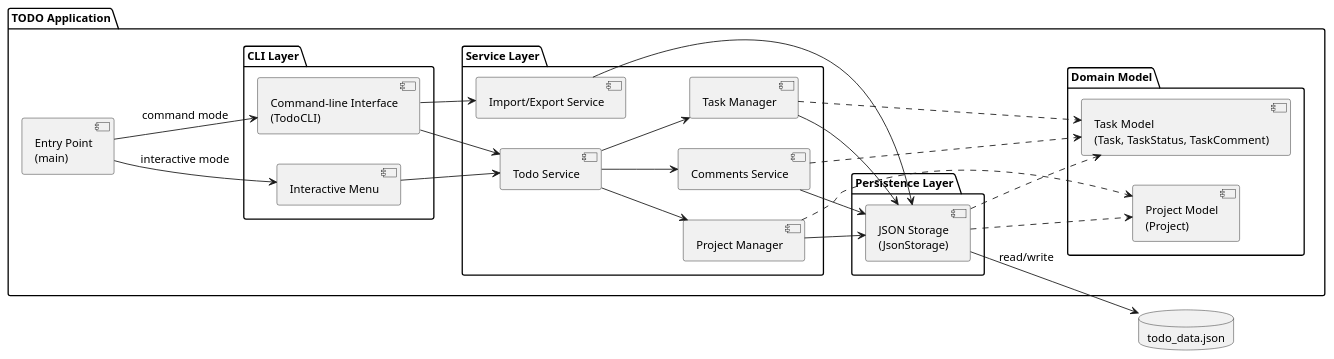
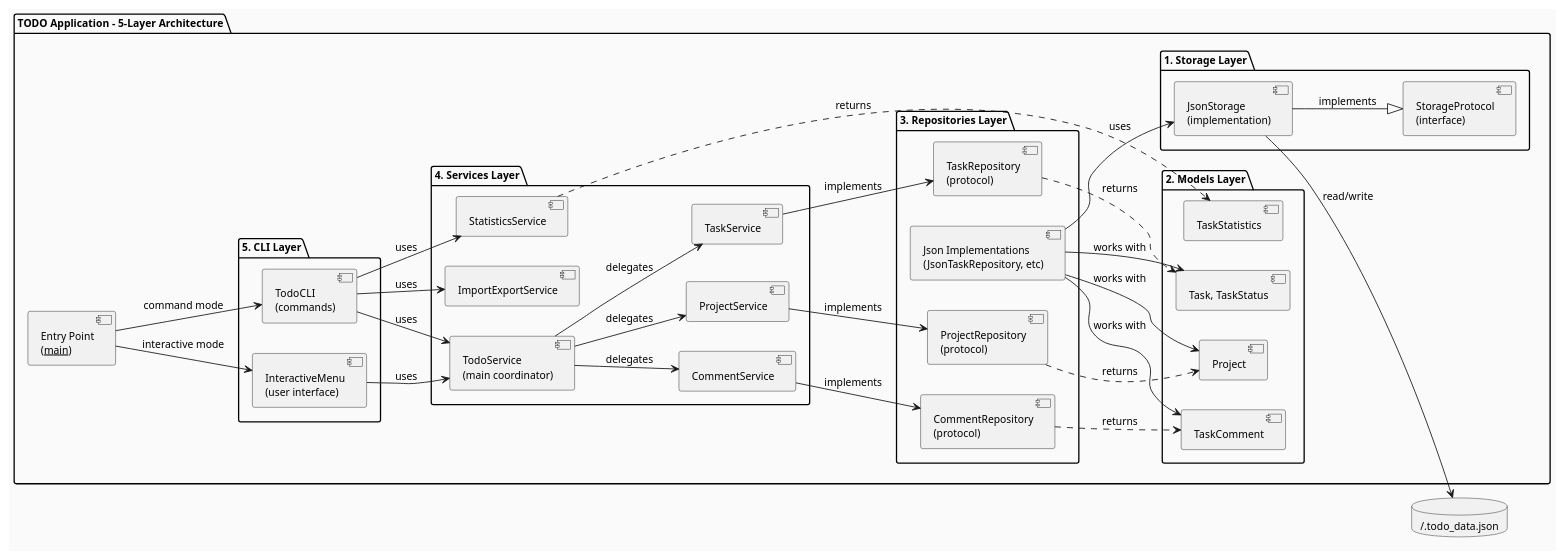
The diagram in experiments/broadcast/structured_text/TODO/artifacts/component_diagram.puml (DanielRiha8906/Software_autoevolution_using_agents), drawn with PlantUML before and after one commit. The commit also changed 47 other files, not shown here.

```diff
--- a/experiments/broadcast/structured_text/TODO/artifacts/component_diagram.puml
+++ b/experiments/broadcast/structured_text/TODO/artifacts/component_diagram.puml
@@ -1,59 +1,78 @@
 @startuml component_diagram
 
 skinparam componentStyle uml2
-skinparam defaultFontSize 13
+skinparam defaultFontSize 12
+skinparam backgroundColor #FAFAFA
 
 left to right direction
 
-package "TODO Application" {
+package "TODO Application - 5-Layer Architecture" {
 
-    component "Entry Point\n(main)" as Main
+    component "Entry Point\n(__main__)" as Main
 
-    package "CLI Layer" {
-        component "Interactive Menu" as IM
-        component "Command-line Interface\n(TodoCLI)" as CLI
+    package "5. CLI Layer" {
+        component "TodoCLI\n(commands)" as CLI
+        component "InteractiveMenu\n(user interface)" as IM
     }
 
-    package "Service Layer" {
-        component "Todo Service" as SVC
-        component "Task Manager" as MGR
-        component "Project Manager" as PMGR
-        component "Comments Service" as CMTS
-        component "Import/Export Service" as IMPEXP
+    package "4. Services Layer" {
+        component "TodoService\n(main coordinator)" as SVC
+        component "TaskService" as TaskSvc
+        component "CommentService" as CommentSvc
+        component "ProjectService" as ProjectSvc
+        component "StatisticsService" as StatSvc
+        component "ImportExportService" as ImpExpSvc
     }
 
-    package "Domain Model" {
-        component "Task Model\n(Task, TaskStatus, TaskComment)" as Model
-        component "Project Model\n(Project)" as ProjModel
+    package "3. Repositories Layer" {
+        component "TaskRepository\n(protocol)" as TaskRepo
+        component "CommentRepository\n(protocol)" as CommentRepo
+        component "ProjectRepository\n(protocol)" as ProjectRepo
+        component "Json Implementations\n(JsonTaskRepository, etc)" as JsonImpls
     }
 
-    package "Persistence Layer" {
-        component "JSON Storage\n(JsonStorage)" as Storage
+    package "2. Models Layer" {
+        component "Task, TaskStatus" as TaskModel
+        component "TaskComment" as CommentModel
+        component "Project" as ProjectModel
+        component "TaskStatistics" as StatsModel
+    }
+
+    package "1. Storage Layer" {
+        component "StorageProtocol\n(interface)" as StorageProto
+        component "JsonStorage\n(implementation)" as Storage
     }
 }
 
-database "todo_data.json" as DB
+database "~/.todo_data.json" as DB
 
+Main --> CLI : command mode
 Main --> IM : interactive mode
-Main --> CLI : command mode
 
-IM --> SVC
-CLI --> SVC
-CLI --> IMPEXP
+CLI --> SVC : uses
+IM --> SVC : uses
+CLI --> ImpExpSvc : uses
+CLI --> StatSvc : uses
 
-SVC --> MGR
-SVC --> PMGR
-SVC --> CMTS
-MGR --> Storage
-PMGR --> Storage
-CMTS --> Storage
-IMPEXP --> Storage
-MGR ..> Model
-PMGR ..> ProjModel
-CMTS ..> Model
-Storage ..> Model
-Storage ..> ProjModel
+SVC --> TaskSvc : delegates
+SVC --> CommentSvc : delegates
+SVC --> ProjectSvc : delegates
 
+TaskSvc --> TaskRepo : implements
+CommentSvc --> CommentRepo : implements
+ProjectSvc --> ProjectRepo : implements
+
+JsonImpls --> Storage : uses
+JsonImpls --> TaskModel : works with
+JsonImpls --> CommentModel : works with
+JsonImpls --> ProjectModel : works with
+
+TaskRepo ..> TaskModel : returns
+CommentRepo ..> CommentModel : returns
+ProjectRepo ..> ProjectModel : returns
+StatSvc ..> StatsModel : returns
+
+Storage --|> StorageProto : implements
 Storage --> DB : read/write
 
 @enduml
```
